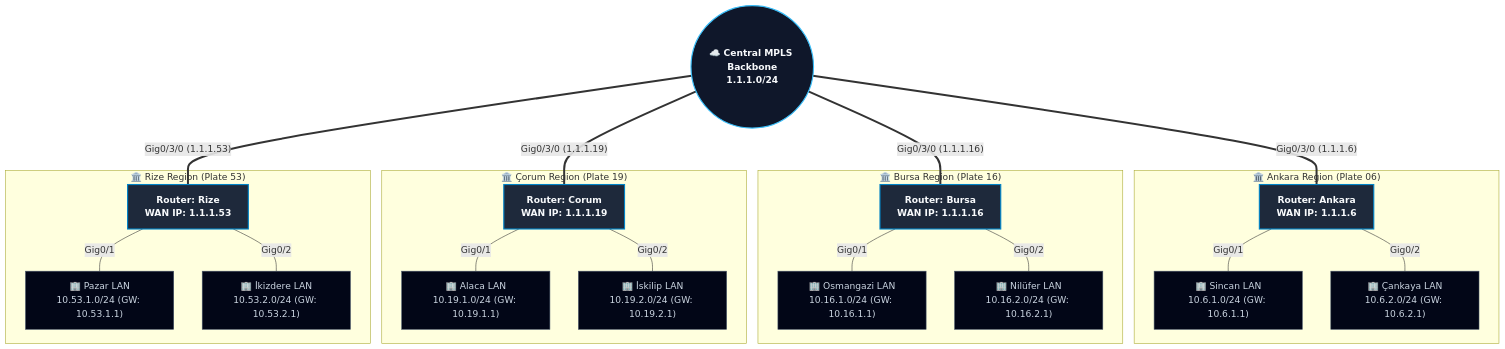
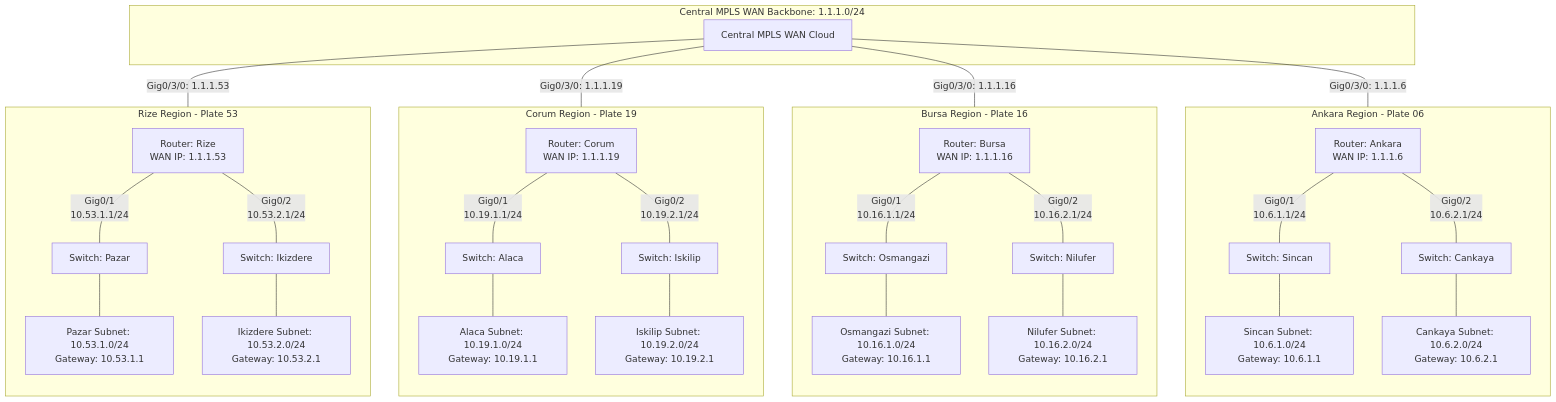
One commit to EmirEvren/cisco-packet-tracer-4-city-wan-routing changed the diagram in README.md. Above: the diagram before and after it, drawn with Mermaid.

Commit message:
fix(mermaid): migrate to flowchart TB and remove unsupported classDef styles for GitHub rendering

````diff
--- a/README.md
+++ b/README.md
@@ -82,45 +82,67 @@
 ```mermaid
-graph TD
-    classDef cloud fill:#0f172a,stroke:#38bdf8,stroke-width:2px,color:#f8fafc,font-weight:bold;
-    classDef router fill:#1e293b,stroke:#0284c7,stroke-width:2px,color:#f8fafc,font-weight:bold;
-    classDef lan fill:#020617,stroke:#475569,stroke-width:1px,color:#cbd5e1;
-
-    WAN(("☁️ Central MPLS Backbone<br/>1.1.1.0/24")):::cloud
-
-    subgraph ANK ["🏛️ Ankara Region (Plate 06)"]
-        R_ANK["Router: Ankara<br/>WAN IP: 1.1.1.6"]:::router
-        LAN_SIN["🏢 Sincan LAN<br/>10.6.1.0/24 (GW: 10.6.1.1)"]:::lan
-        LAN_CAN["🏢 Çankaya LAN<br/>10.6.2.0/24 (GW: 10.6.2.1)"]:::lan
-        R_ANK ---|"Gig0/1"| LAN_SIN
-        R_ANK ---|"Gig0/2"| LAN_CAN
+flowchart TB
+    subgraph WAN_Core ["Central MPLS WAN Backbone: 1.1.1.0/24"]
+        MPLS["Central MPLS WAN Cloud"]
     end
 
-    subgraph BUR ["🏛️ Bursa Region (Plate 16)"]
-        R_BUR["Router: Bursa<br/>WAN IP: 1.1.1.16"]:::router
-        LAN_OSM["🏢 Osmangazi LAN<br/>10.16.1.0/24 (GW: 10.16.1.1)"]:::lan
-        LAN_NIL["🏢 Nilüfer LAN<br/>10.16.2.0/24 (GW: 10.16.2.1)"]:::lan
-        R_BUR ---|"Gig0/1"| LAN_OSM
-        R_BUR ---|"Gig0/2"| LAN_NIL
+    subgraph Ankara_Site ["Ankara Region - Plate 06"]
+        direction TB
+        R_ANK["Router: Ankara<br/>WAN IP: 1.1.1.6"]
+        SW_SIN["Switch: Sincan"]
+        SW_CAN["Switch: Cankaya"]
+        LAN_SIN["Sincan Subnet: 10.6.1.0/24<br/>Gateway: 10.6.1.1"]
+        LAN_CAN["Cankaya Subnet: 10.6.2.0/24<br/>Gateway: 10.6.2.1"]
+
+        R_ANK ---|"Gig0/1<br/>10.6.1.1/24"| SW_SIN
+        R_ANK ---|"Gig0/2<br/>10.6.2.1/24"| SW_CAN
+        SW_SIN --- LAN_SIN
+        SW_CAN --- LAN_CAN
     end
 
-    subgraph COR ["🏛️ Çorum Region (Plate 19)"]
-        R_COR["Router: Corum<br/>WAN IP: 1.1.1.19"]:::router
-        LAN_ALA["🏢 Alaca LAN<br/>10.19.1.0/24 (GW: 10.19.1.1)"]:::lan
-        LAN_ISK["🏢 İskilip LAN<br/>10.19.2.0/24 (GW: 10.19.2.1)"]:::lan
-        R_COR ---|"Gig0/1"| LAN_ALA
-        R_COR ---|"Gig0/2"| LAN_ISK
+    subgraph Bursa_Site ["Bursa Region - Plate 16"]
+        direction TB
+        R_BUR["Router: Bursa<br/>WAN IP: 1.1.1.16"]
+        SW_OSM["Switch: Osmangazi"]
+        SW_NIL["Switch: Nilufer"]
+        LAN_OSM["Osmangazi Subnet: 10.16.1.0/24<br/>Gateway: 10.16.1.1"]
+        LAN_NIL["Nilufer Subnet: 10.16.2.0/24<br/>Gateway: 10.16.2.1"]
+
+        R_BUR ---|"Gig0/1<br/>10.16.1.1/24"| SW_OSM
+        R_BUR ---|"Gig0/2<br/>10.16.2.1/24"| SW_NIL
+        SW_OSM --- LAN_OSM
+        SW_NIL --- LAN_NIL
     end
 
-    subgraph RIZ ["🏛️ Rize Region (Plate 53)"]
-        R_RIZ["Router: Rize<br/>WAN IP: 1.1.1.53"]:::router
-        LAN_PAZ["🏢 Pazar LAN<br/>10.53.1.0/24 (GW: 10.53.1.1)"]:::lan
-        LAN_IKI["🏢 İkizdere LAN<br/>10.53.2.0/24 (GW: 10.53.2.1)"]:::lan
-        R_RIZ ---|"Gig0/1"| LAN_PAZ
-        R_RIZ ---|"Gig0/2"| LAN_IKI
+    subgraph Corum_Site ["Corum Region - Plate 19"]
+        direction TB
+        R_COR["Router: Corum<br/>WAN IP: 1.1.1.19"]
+        SW_ALA["Switch: Alaca"]
+        SW_ISK["Switch: Iskilip"]
+        LAN_ALA["Alaca Subnet: 10.19.1.0/24<br/>Gateway: 10.19.1.1"]
+        LAN_ISK["Iskilip Subnet: 10.19.2.0/24<br/>Gateway: 10.19.2.1"]
+
+        R_COR ---|"Gig0/1<br/>10.19.1.1/24"| SW_ALA
+        R_COR ---|"Gig0/2<br/>10.19.2.1/24"| SW_ISK
+        SW_ALA --- LAN_ALA
+        SW_ISK --- LAN_ISK
     end
 
-    WAN ===|"Gig0/3/0 (1.1.1.6)"| R_ANK
-    WAN ===|"Gig0/3/0 (1.1.1.16)"| R_BUR
-    WAN ===|"Gig0/3/0 (1.1.1.19)"| R_COR
-    WAN ===|"Gig0/3/0 (1.1.1.53)"| R_RIZ
+    subgraph Rize_Site ["Rize Region - Plate 53"]
+        direction TB
+        R_RIZ["Router: Rize<br/>WAN IP: 1.1.1.53"]
+        SW_PAZ["Switch: Pazar"]
+        SW_IKI["Switch: Ikizdere"]
+        LAN_PAZ["Pazar Subnet: 10.53.1.0/24<br/>Gateway: 10.53.1.1"]
+        LAN_IKI["Ikizdere Subnet: 10.53.2.0/24<br/>Gateway: 10.53.2.1"]
+
+        R_RIZ ---|"Gig0/1<br/>10.53.1.1/24"| SW_PAZ
+        R_RIZ ---|"Gig0/2<br/>10.53.2.1/24"| SW_IKI
+        SW_PAZ --- LAN_PAZ
+        SW_IKI --- LAN_IKI
+    end
+
+    MPLS ---|"Gig0/3/0: 1.1.1.6"| R_ANK
+    MPLS ---|"Gig0/3/0: 1.1.1.16"| R_BUR
+    MPLS ---|"Gig0/3/0: 1.1.1.19"| R_COR
+    MPLS ---|"Gig0/3/0: 1.1.1.53"| R_RIZ
 ```
````
